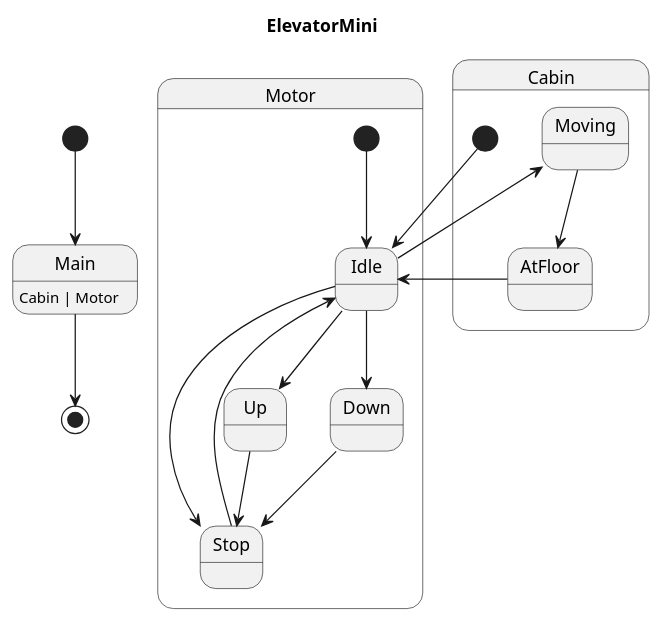
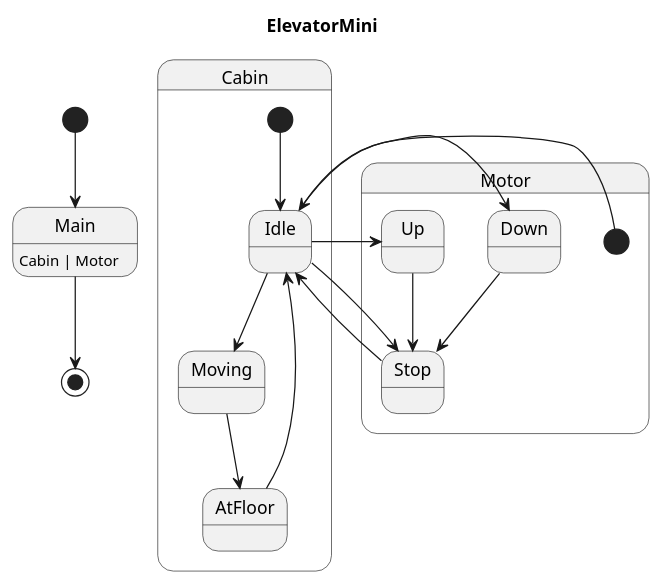
One commit to Pastor/Takt changed the diagram in examples/generated/plantuml/elevator_mini.puml. Above: the diagram before and after it, drawn with PlantUML. The commit also changed other lines of this file and 9 other files, not shown here.

```diff
--- a/examples/generated/plantuml/elevator_mini.puml
+++ b/examples/generated/plantuml/elevator_mini.puml
@@ -1,25 +1,25 @@
 @startuml
 title ElevatorMini
 
 [*] --> Main
 Main : Cabin | Motor
 Main --> [*]
 
+state Cabin {
+    [*] --> Idle
+    AtFloor --> Idle
+    Idle --> Moving
+    Moving --> AtFloor
+}
+
 state Motor {
     [*] --> Idle
-    Stop --> Idle
-    Up --> Stop
     Down --> Stop
     Idle --> Up
     Idle --> Down
     Idle --> Stop
-}
-
-state Cabin {
-    [*] --> Idle
-    Moving --> AtFloor
-    AtFloor --> Idle
-    Idle --> Moving
+    Stop --> Idle
+    Up --> Stop
 }
 
 @enduml
```
